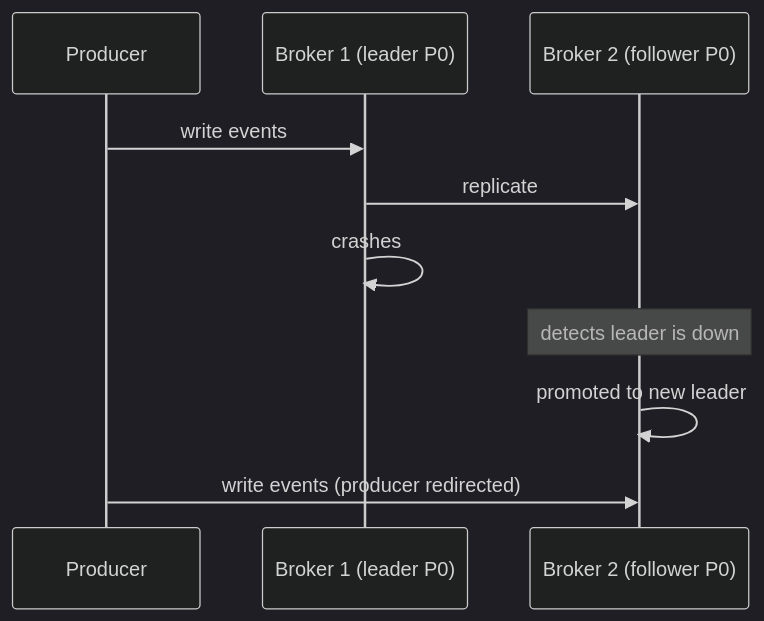
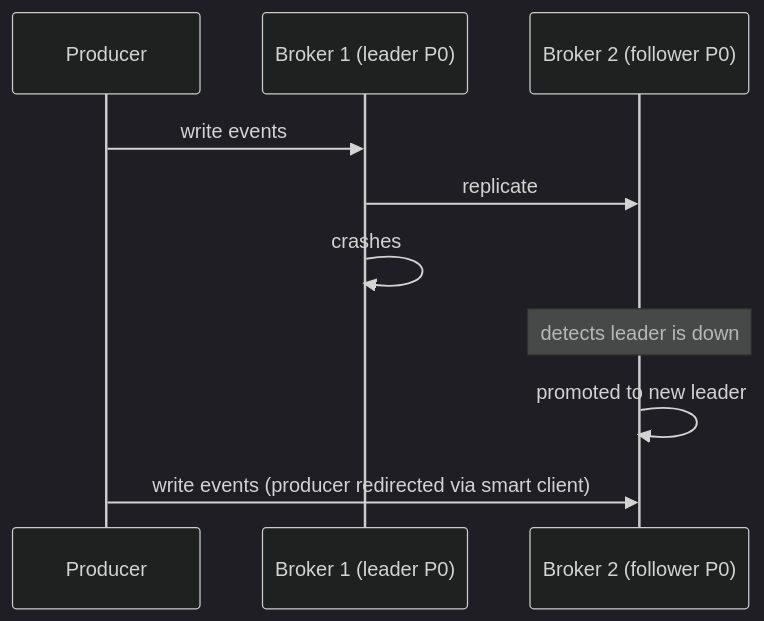
One commit to Dummy-Bug/system-design-handbook changed the second of 2 diagrams in System Design/SDE2/06-Messaging-and-Event-Driven/12-Kafka/01-Architecture/06-Replication.md. Above: the diagram before and after it, drawn with Mermaid (dark theme). The commit also changed other lines of this file and 4 other files, not shown here.

````diff
--- a/System Design/SDE2/06-Messaging-and-Event-Driven/12-Kafka/01-Architecture/06-Replication.md
+++ b/System Design/SDE2/06-Messaging-and-Event-Driven/12-Kafka/01-Architecture/06-Replication.md
@@ -37,14 +66,14 @@
 ```mermaid
 sequenceDiagram
     participant P as Producer
     participant B1 as Broker 1 (leader P0)
     participant B2 as Broker 2 (follower P0)
 
     P->>B1: write events
     B1->>B2: replicate
     B1->>B1: crashes
 
     Note over B2: detects leader is down
     B2->>B2: promoted to new leader
-    P->>B2: write events (producer redirected)
+    P->>B2: write events (producer redirected via smart client)
 ```
````
